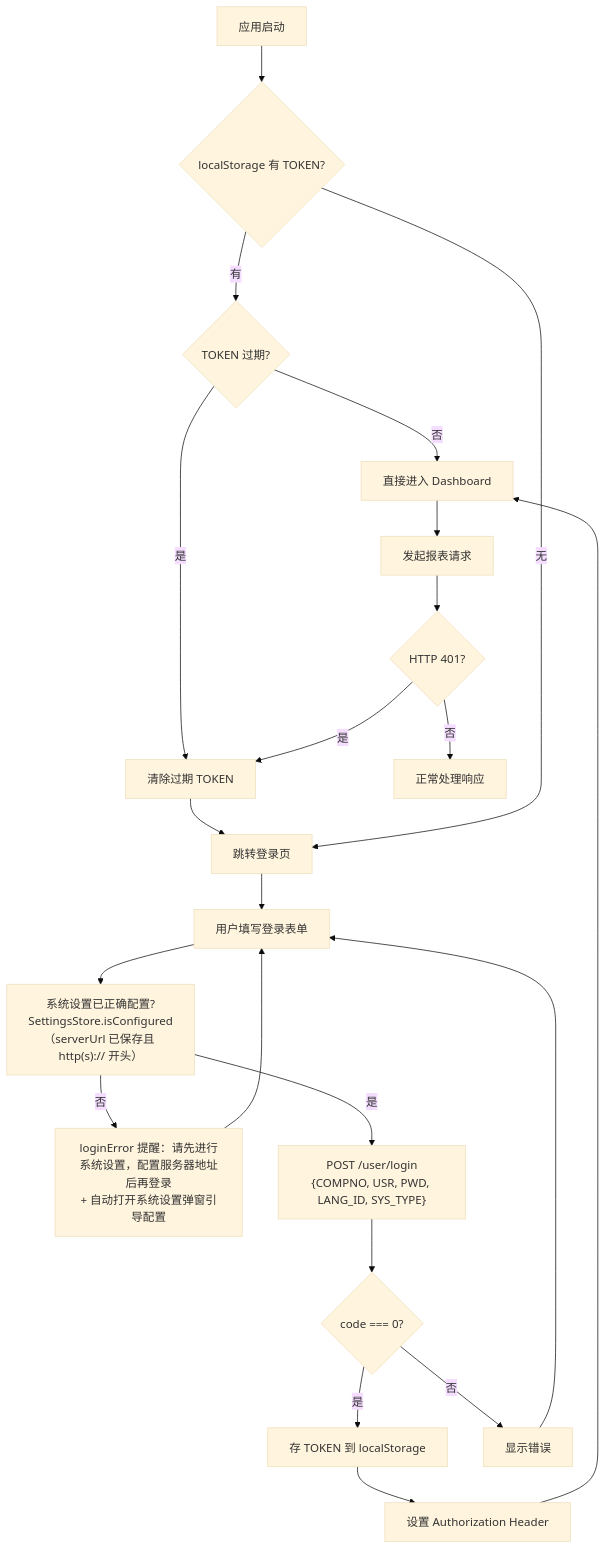
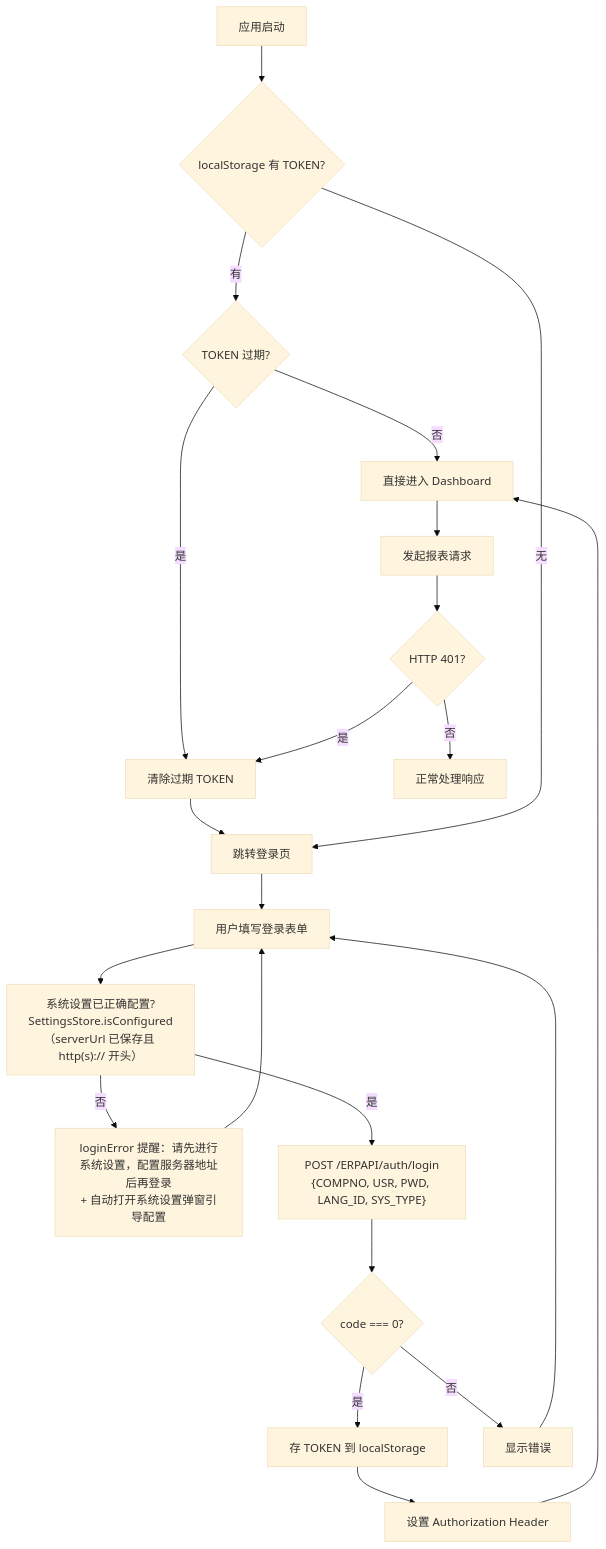
Before and after one commit to ksmingkimo/AsCoding: the fourth of 25 diagrams in 流程图.md, drawn with Mermaid (base theme). The commit also changed other lines of this file and 27 other files, not shown here.

First line of the commit message:
feat: API 站点迁移 SUNFUSION→ERPAPI（Round 62）+ 收款/付款明细表 DEP_ORG_PAY_TYPE 修复（Round 63）+ 部署包 v1.13

````diff
--- a/流程图.md
+++ b/流程图.md
@@ -135,26 +135,26 @@
 ```mermaid
 flowchart TD
     A[应用启动] --> B{localStorage 有 TOKEN?}
     B -->|有| C{TOKEN 过期?}
     C -->|否| D[直接进入 Dashboard]
     C -->|是| E[清除过期 TOKEN]
     E --> F[跳转登录页]
     B -->|无| F
 
     F --> G[用户填写登录表单]
     G --> G2["系统设置已正确配置?<br/>SettingsStore.isConfigured<br/>（serverUrl 已保存且 http(s):// 开头）"]
     G2 -->|否| G3["loginError 提醒：请先进行系统设置，配置服务器地址后再登录<br/>+ 自动打开系统设置弹窗引导配置"]
     G3 --> G
-    G2 -->|是| H["POST /user/login<br/>{COMPNO, USR, PWD, LANG_ID, SYS_TYPE}"]
+    G2 -->|是| H["POST /ERPAPI/auth/login<br/>{COMPNO, USR, PWD, LANG_ID, SYS_TYPE}"]
     H --> I{code === 0?}
     I -->|是| J["存 TOKEN 到 localStorage"]
     J --> K[设置 Authorization Header]
     K --> D
     I -->|否| L[显示错误]
     L --> G
 
     D --> M[发起报表请求]
     M --> N{HTTP 401?}
     N -->|是| E
     N -->|否| O[正常处理响应]
 ```
````
